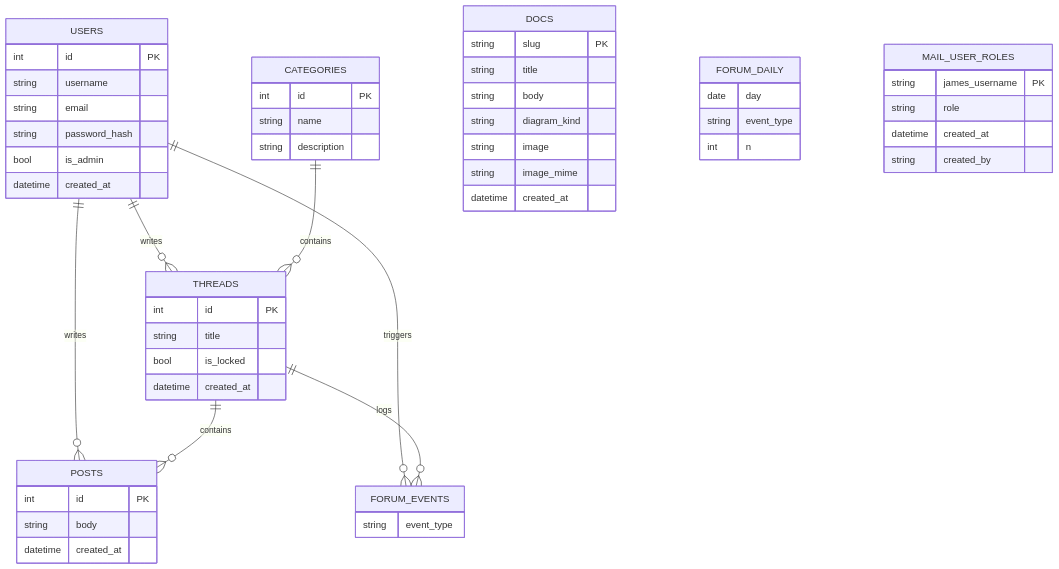
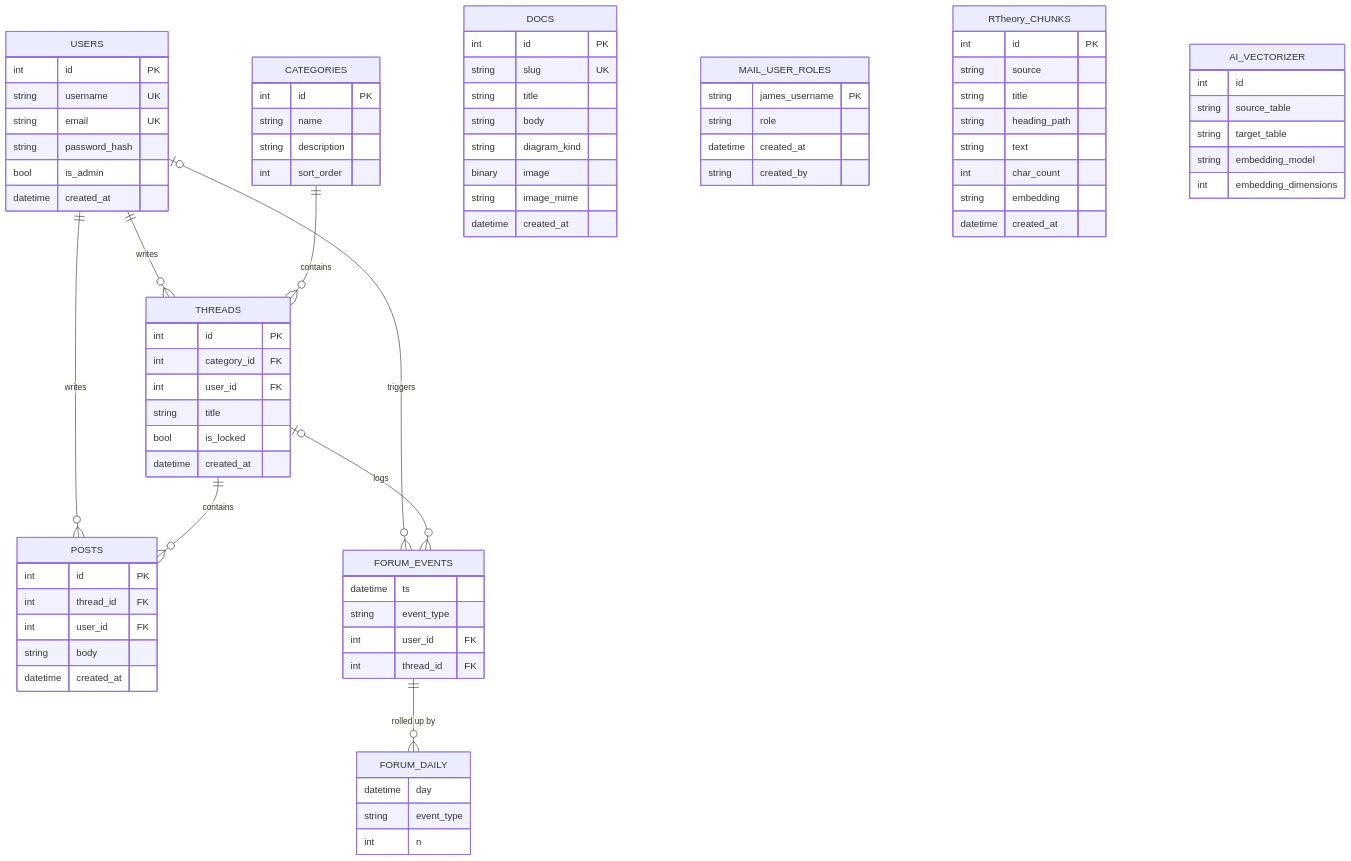
Before and after one commit to cosbykit-afk/lampy-admin: the third of 3 diagrams in docs/architecture.md, drawn with Mermaid. The commit also changed other lines of this file, not shown here.

Commit message:
docs: improve architecture diagrams — grounded context, DFD, and ERD

````diff
--- a/docs/architecture.md
+++ b/docs/architecture.md
@@ -101,8 +149,8 @@
 erDiagram
     USERS {
         int id PK
-        string username
-        string email
+        string username UK
+        string email UK
         string password_hash
         bool is_admin
         datetime created_at
@@ -111,34 +159,43 @@
         int id PK
         string name
         string description
+        int sort_order
     }
     THREADS {
         int id PK
+        int category_id FK
+        int user_id FK
         string title
         bool is_locked
         datetime created_at
     }
     POSTS {
         int id PK
+        int thread_id FK
+        int user_id FK
         string body
         datetime created_at
     }
     FORUM_EVENTS {
+        datetime ts
         string event_type
+        int user_id FK
+        int thread_id FK
+    }
+    FORUM_DAILY {
+        datetime day
+        string event_type
+        int n
     }
     DOCS {
-        string slug PK
+        int id PK
+        string slug UK
         string title
         string body
         string diagram_kind
-        string image
+        binary image
         string image_mime
         datetime created_at
-    }
-    FORUM_DAILY {
-        date day
-        string event_type
-        int n
     }
     MAIL_USER_ROLES {
         string james_username PK
@@ -146,10 +203,28 @@
         datetime created_at
         string created_by
     }
+    RTheory_CHUNKS {
+        int id PK
+        string source
+        string title
+        string heading_path
+        string text
+        int char_count
+        string embedding
+        datetime created_at
+    }
+    AI_VECTORIZER {
+        int id
+        string source_table
+        string target_table
+        string embedding_model
+        int embedding_dimensions
+    }
     USERS ||--o{ THREADS : writes
     USERS ||--o{ POSTS : writes
     CATEGORIES ||--o{ THREADS : contains
     THREADS ||--o{ POSTS : contains
-    USERS ||--o{ FORUM_EVENTS : triggers
-    THREADS ||--o{ FORUM_EVENTS : logs
+    USERS o|--o{ FORUM_EVENTS : triggers
+    THREADS o|--o{ FORUM_EVENTS : logs
+    FORUM_EVENTS ||--o{ FORUM_DAILY : "rolled up by"
 ```
````
